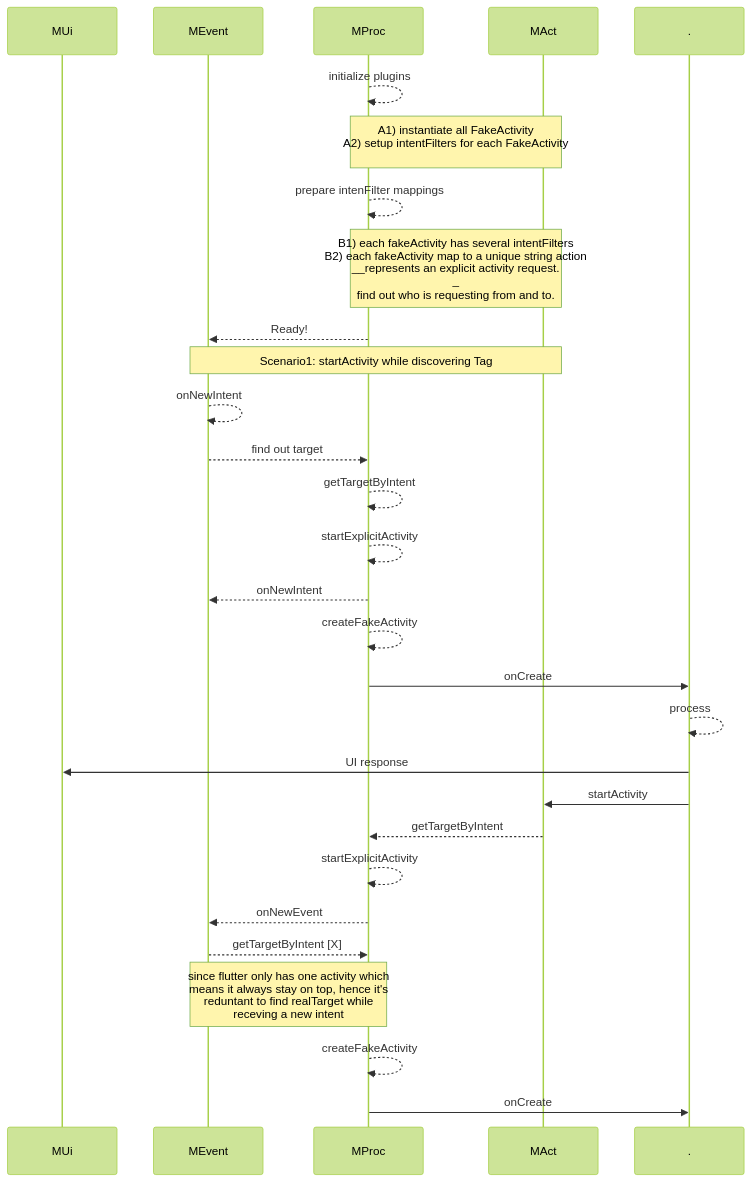
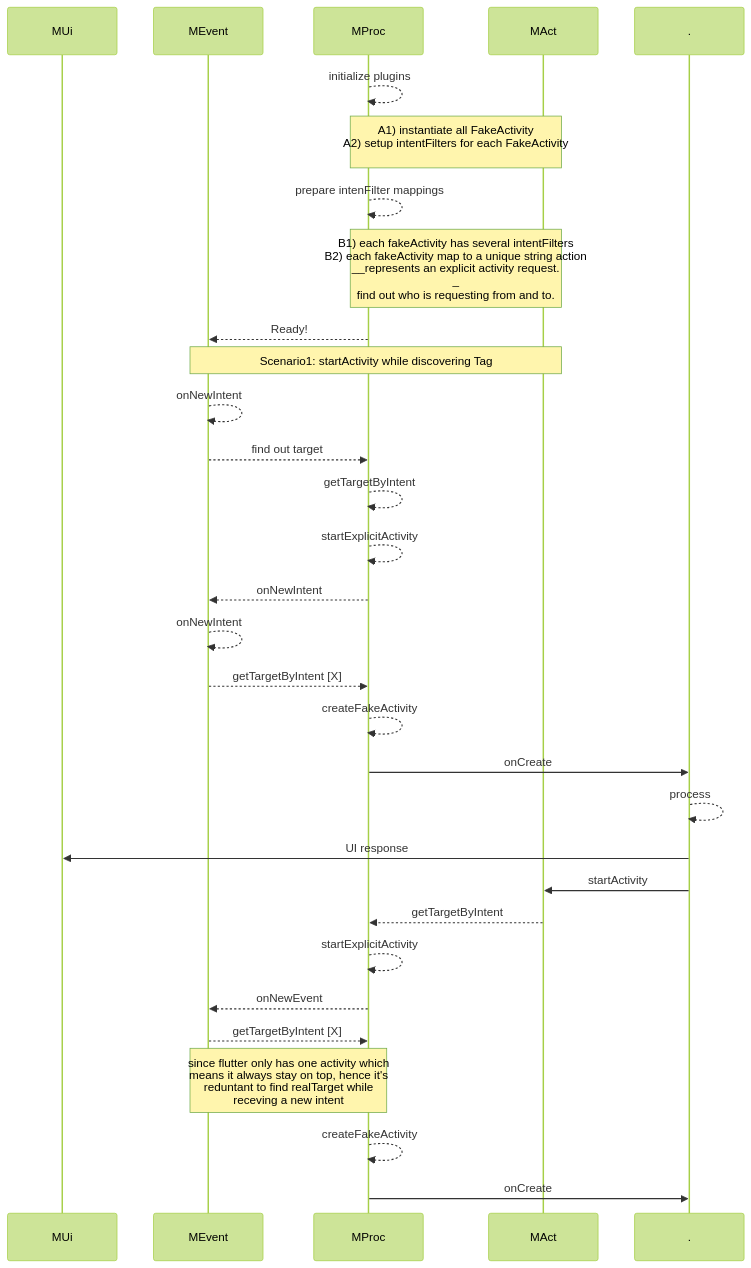
Before and after one commit to gordianknotC/nxp_note: the third of 6 diagrams in flutter/android_to_flutter.md, drawn with Mermaid (forest theme). The commit also changed other lines of this file, not shown here.

````diff
--- a/flutter/android_to_flutter.md
+++ b/flutter/android_to_flutter.md
@@ -50,39 +50,42 @@
 ```mermaid
 sequenceDiagram
 participant MUi
 participant MEvent
 participant MProc
 participant MAct
 participant .
 
 MProc-->>MProc: initialize plugins
 Note over MProc,MAct: A1) instantiate all FakeActivity<br>A2) setup intentFilters for each FakeActivity<br>
 
 MProc-->>MProc: prepare intenFilter mappings
 Note over MProc, MAct: B1) each fakeActivity has several intentFilters<br>B2) each fakeActivity map to a unique string action<br>__represents an explicit activity request.<br>_<br> find out who is requesting from and to.
 
 MProc-->>MEvent: Ready!
 
 Note over MEvent, MAct: Scenario1: startActivity while discovering Tag
 MEvent-->>MEvent: onNewIntent
 MEvent-->>MProc: find out target
 MProc-->>MProc: getTargetByIntent
 MProc-->>MProc: startExplicitActivity
 MProc-->>MEvent: onNewIntent
+MEvent-->>MEvent: onNewIntent
+MEvent-->>MProc: getTargetByIntent [X]
+
 MProc-->>MProc: createFakeActivity
 MProc->> . : onCreate
 . -->> . : process
 . ->> MUi: UI response
 . ->> MAct: startActivity
 MAct -->> MProc: getTargetByIntent
 MProc -->> MProc: startExplicitActivity
 MProc -->> MEvent: onNewEvent
 MEvent -->> MProc: getTargetByIntent [X]
 
 Note over MEvent, MProc: since flutter only has one activity which<br> means it always stay on top, hence it's<br> reduntant to find realTarget while <br>receving a new intent
 
 MProc -->> MProc: createFakeActivity
 MProc ->> . : onCreate
 
 
 ```
````
